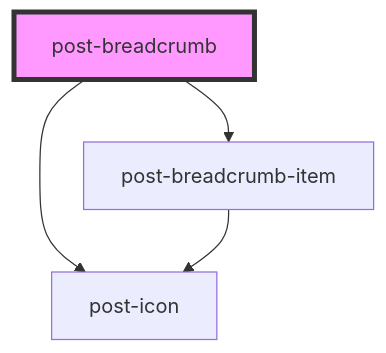
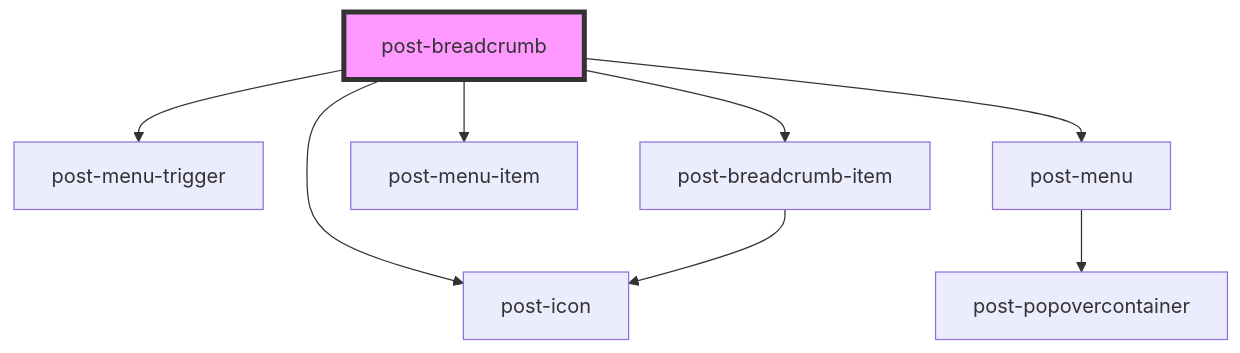
Before and after one commit to swisspost/design-system: the diagram in packages/components/src/components/post-breadcrumb/readme.md, drawn with Mermaid. The commit also changed other lines of this file and 4 other files, not shown here.

````diff
--- a/packages/components/src/components/post-breadcrumb/readme.md
+++ b/packages/components/src/components/post-breadcrumb/readme.md
@@ -24,7 +27,11 @@
 ```mermaid
 graph TD;
   post-breadcrumb --> post-icon
+  post-breadcrumb --> post-menu-trigger
+  post-breadcrumb --> post-menu
+  post-breadcrumb --> post-menu-item
   post-breadcrumb --> post-breadcrumb-item
+  post-menu --> post-popovercontainer
   post-breadcrumb-item --> post-icon
   style post-breadcrumb fill:#f9f,stroke:#333,stroke-width:4px
 ```
````
